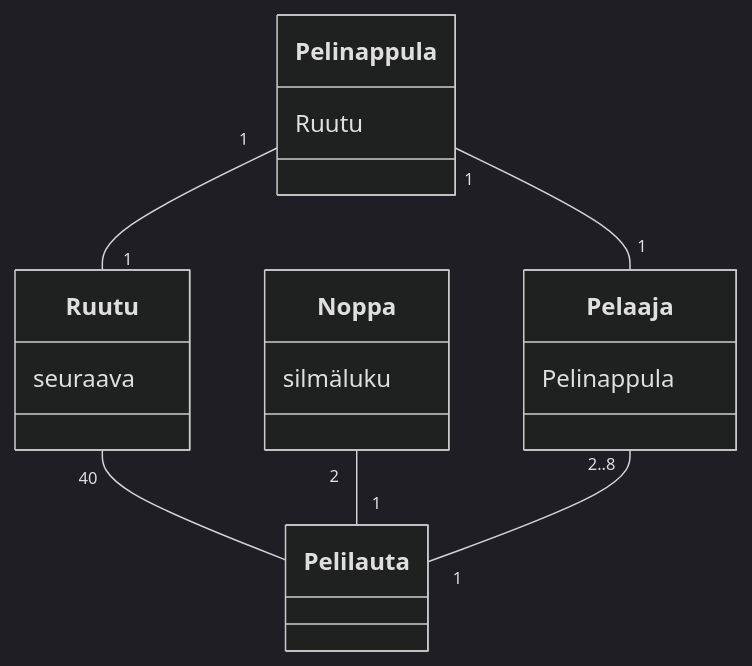
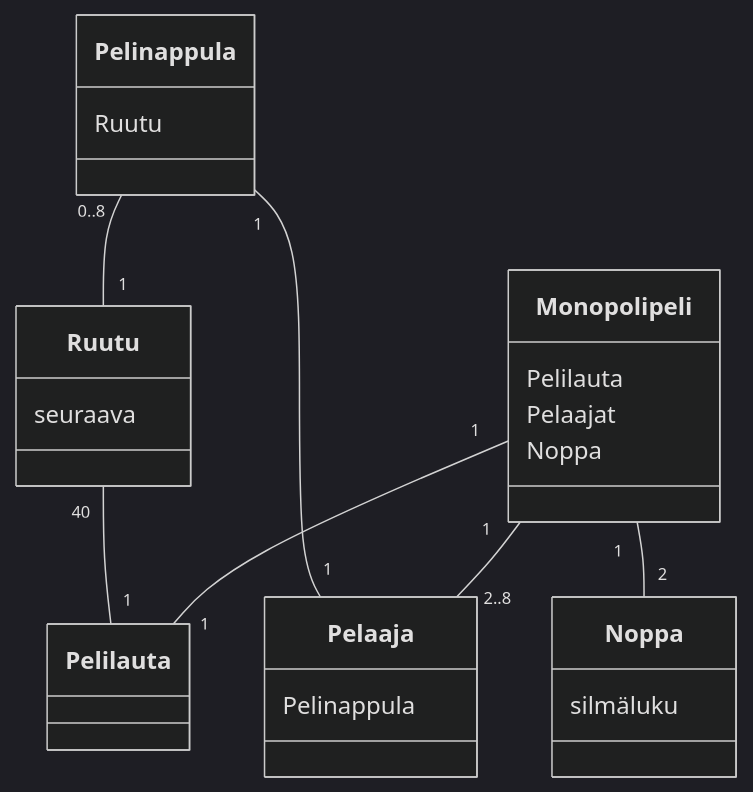
Before and after one commit to SaijaGit/ot-harjoitustyo: the diagram in laskarit/viikko3/monopoli.md, drawn with Mermaid (dark theme). The commit also changed 1 other file, not shown here.

Commit message:
Lisätty vk3 t2 Laajennettu Monopoli

````diff
--- a/laskarit/viikko3/monopoli.md
+++ b/laskarit/viikko3/monopoli.md
@@ -10,24 +10,34 @@
 ```mermaid
 classDiagram
-    Ruutu "40" -- Pelilauta 
+    Monopolipeli "1" -- "1" Pelilauta
+    Monopolipeli "1" -- "2..8" Pelaaja
+    Monopolipeli "1" -- "2" Noppa
+
+    class Monopolipeli{
+        Pelilauta
+        Pelaajat
+        Noppa
+    }
+
+    Ruutu "40" -- "1" Pelilauta 
     class Ruutu{
         seuraava
     }
-    Noppa "2" -- "1" Pelilauta
+
     class Noppa{
         silmäluku
     }
-    Pelaaja "2..8" -- "1" Pelilauta
+
     class Pelaaja{
         Pelinappula
     }
 
     Pelinappula "1" -- "1" Pelaaja
-    Pelinappula "1" -- "1" Ruutu
+    Pelinappula "0..8" -- "1" Ruutu
     class Pelinappula{
         Ruutu
     }
 
 
 
 ```
````
